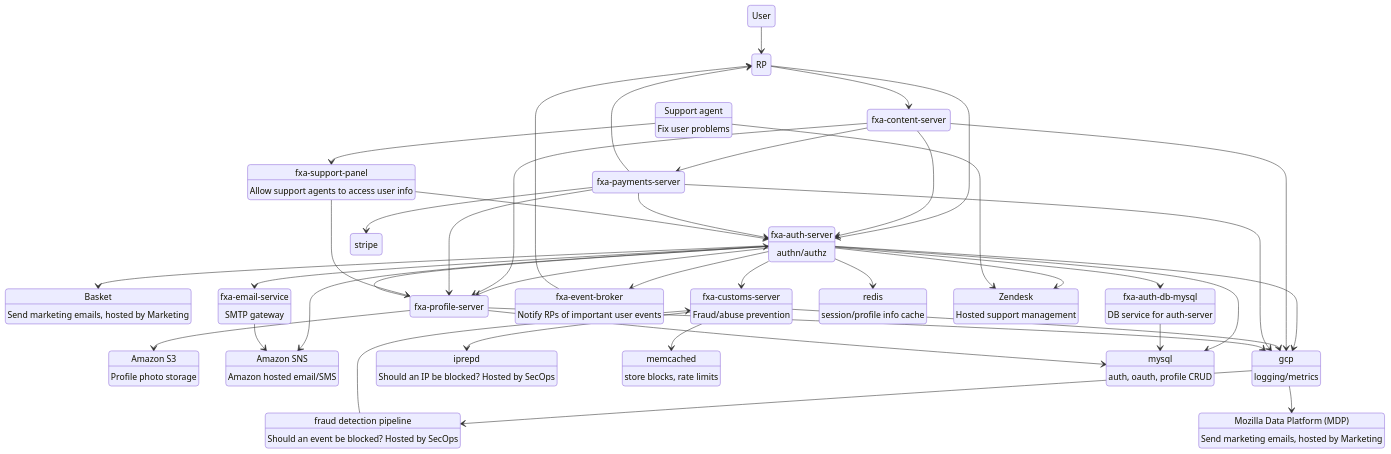
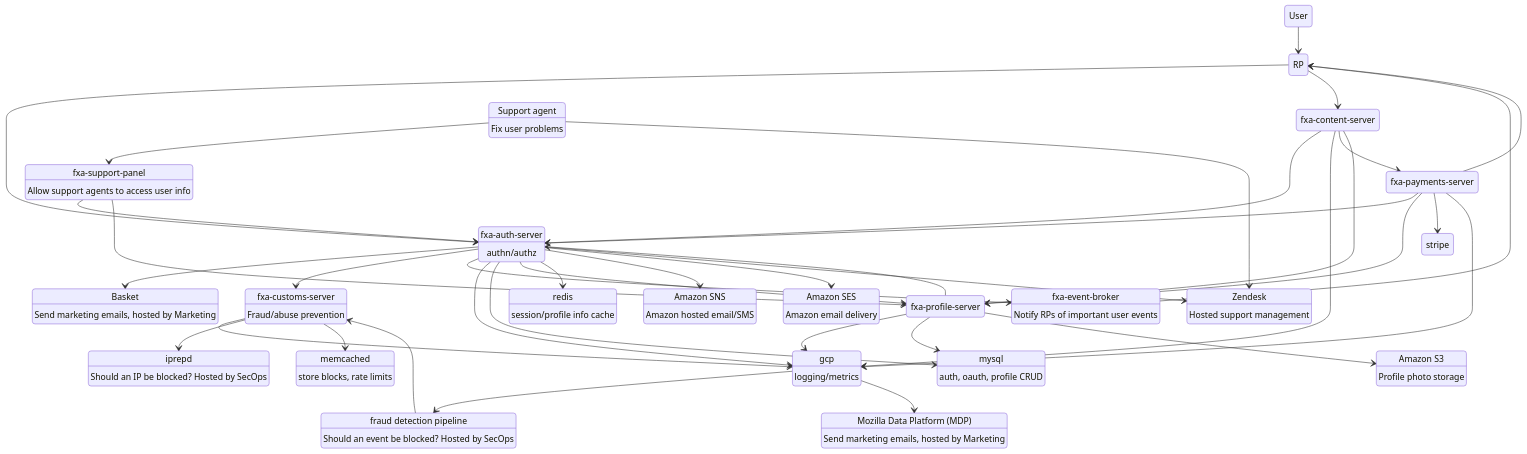
One commit to mozilla/ecosystem-platform changed the first of 7 diagrams in docs/reference/system-diagrams.md. Above: the diagram before and after it, drawn with Mermaid. The commit also changed other lines of this file, not shown here.

Commit message:
remove auth-db-mysql and email-service from system diagram

````diff
--- a/docs/reference/system-diagrams.md
+++ b/docs/reference/system-diagrams.md
@@ -9,66 +9,62 @@
 ```mermaid
 stateDiagram
   state "RP" as RP
   state "Amazon S3" as s3: Profile photo storage
+  state "Amazon SES" as ses: Amazon email delivery
   state "Amazon SNS" as sns: Amazon hosted email/SMS
   state "Basket" as basket: Send marketing emails, hosted by Marketing
   state "fraud detection pipeline" as fdp: Should an event be blocked? Hosted by SecOps
   state "fxa-auth-server" as auth: authn/authz
-  state "fxa-auth-db-mysql" as authdb: DB service for auth-server
   state "fxa-content-server" as content
   state "fxa-customs-server" as customs: Fraud/abuse prevention
-  state "fxa-email-service" as email: SMTP gateway
   state "fxa-event-broker" as eb: Notify RPs of important user events
   state "fxa-payments-server" as payments
   state "fxa-profile-server" as profile
   state "fxa-support-panel" as support_panel: Allow support agents to access user info
   state "gcp" as gcp: logging/metrics
   state "iprepd" as iprepd: Should an IP be blocked? Hosted by SecOps
   state "memcached" as memcached: store blocks, rate limits
   state "Mozilla Data Platform (MDP)" as mdp: Send marketing emails, hosted by Marketing
   state "mysql" as mysql: auth, oauth, profile CRUD
   state "redis" as redis: session/profile info cache
   state "Support agent" as support_agent: Fix user problems
   state "Zendesk" as zendesk: Hosted support management
 
   User-->RP
   RP-->auth
   RP-->content
-  auth-->authdb
   auth-->basket
   auth-->customs
   auth-->eb
-  auth-->email
   auth-->gcp
   auth-->mysql
   auth-->profile
   auth-->redis
   auth-->sns
+  auth-->ses
   auth-->zendesk
-  authdb-->mysql
   content-->auth
   content-->gcp
   content-->payments
   content-->profile
   customs-->gcp
   customs-->iprepd
   customs-->memcached
   eb-->RP
-  email-->sns
   fdp-->customs
   gcp-->fdp
   gcp-->mdp
   payments-->auth
   payments-->profile
   payments-->stripe
   payments-->gcp
   payments-->RP
   profile-->auth
   profile-->gcp
   profile-->mysql
   profile-->s3
   support_agent-->support_panel
   support_agent-->zendesk
   support_panel-->auth
   support_panel-->profile
 ```
````
